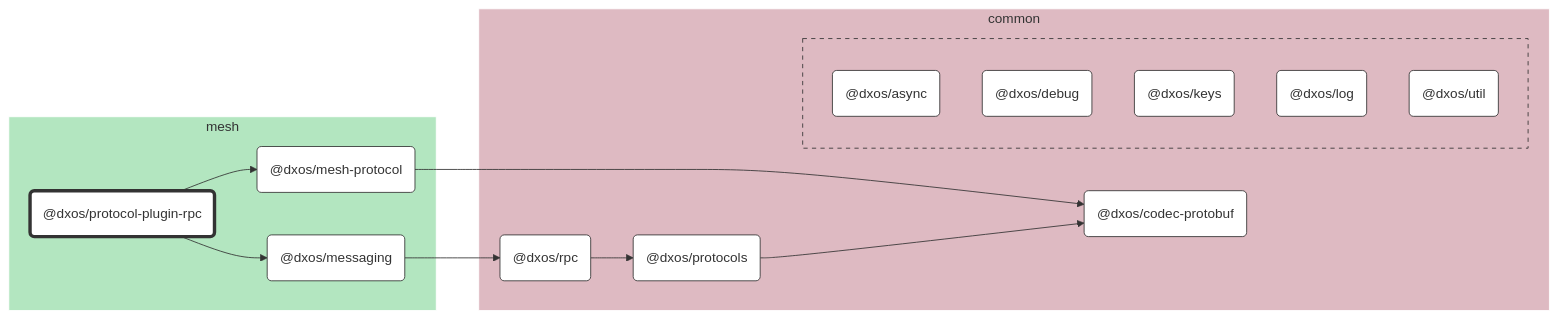
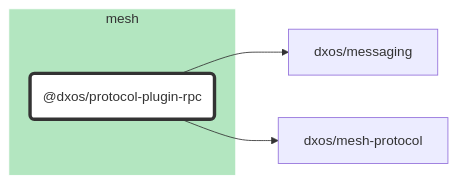
Before and after one commit to dxos/dxos: the diagram in packages/mesh/protocol-plugin-rpc/docs/README.md, drawn with Mermaid. The commit also changed 87 other files, not shown here.

````diff
--- a/packages/mesh/protocol-plugin-rpc/docs/README.md
+++ b/packages/mesh/protocol-plugin-rpc/docs/README.md
@@ -7,71 +7,22 @@
 ```mermaid
 %%{ init: {'flowchart':{'curve':'basis'}} }%%
 
 flowchart LR
 
-%% Links
-dxos/mesh-protocol --> dxos/codec-protobuf;
-dxos/messaging --> dxos/rpc;
-dxos/protocol-plugin-rpc --> dxos/mesh-protocol;
-dxos/protocol-plugin-rpc --> dxos/messaging;
-dxos/protocols --> dxos/codec-protobuf;
-dxos/rpc --> dxos/protocols;
+%% Classes
+classDef def fill:#fff,stroke:#333,stroke-width:1px
+classDef root fill:#fff,stroke:#333,stroke-width:4px
 
-%% Sections
-subgraph mesh
-  style mesh fill:#b3e6c0,stroke:#fff;
+%% Nodes
 
-  dxos/mesh-protocol("@dxos/mesh-protocol")
-  dxos/messaging("@dxos/messaging")
-  dxos/protocol-plugin-rpc("@dxos/protocol-plugin-rpc")
+subgraph mesh [mesh]
+  style mesh fill:#b3e6c0,stroke:#fff
+  dxos/protocol-plugin-rpc("@dxos/protocol-plugin-rpc"):::root
+  click dxos/protocol-plugin-rpc "dxos/dxos/tree/main/packages/mesh/protocol-plugin-rpc/docs"
 end
 
-subgraph common
-  style common fill:#debac2,stroke:#fff;
-
-  dxos/codec-protobuf("@dxos/codec-protobuf")
-  dxos/protocols("@dxos/protocols")
-  dxos/rpc("@dxos/rpc")
-
-  subgraph common-excluded [ ]
-    style common-excluded fill:#debac2,stroke:#333,stroke-dasharray:5 5;
-
-    dxos/async("@dxos/async")
-    dxos/debug("@dxos/debug")
-    dxos/keys("@dxos/keys")
-    dxos/log("@dxos/log")
-    dxos/util("@dxos/util")
-  end
-end
-
-
-%% Hyperlinks
-click dxos/async "dxos/dxos/tree/main/packages/common/async/docs";
-click dxos/codec-protobuf "dxos/dxos/tree/main/packages/common/codec-protobuf/docs";
-click dxos/debug "dxos/dxos/tree/main/packages/common/debug/docs";
-click dxos/keys "dxos/dxos/tree/main/packages/common/keys/docs";
-click dxos/log "dxos/dxos/tree/main/packages/common/log/docs";
-click dxos/mesh-protocol "dxos/dxos/tree/main/packages/mesh/mesh-protocol/docs";
-click dxos/messaging "dxos/dxos/tree/main/packages/mesh/messaging/docs";
-click dxos/protocols "dxos/dxos/tree/main/packages/common/protocols/docs";
-click dxos/rpc "dxos/dxos/tree/main/packages/common/rpc/docs";
-click dxos/util "dxos/dxos/tree/main/packages/common/util/docs";
-
-%% Styles
-classDef rootNode fill:#fff,stroke:#333,stroke-width:4px
-classDef defaultNode fill:#fff,stroke:#333,stroke-width:1px
+%% Links
 linkStyle default stroke:#333,stroke-width:1px
-
-dxos/protocol-plugin-rpc:::rootNode
-
-dxos/async:::defaultNode
-dxos/codec-protobuf:::defaultNode
-dxos/debug:::defaultNode
-dxos/keys:::defaultNode
-dxos/log:::defaultNode
-dxos/mesh-protocol:::defaultNode
-dxos/messaging:::defaultNode
-dxos/protocols:::defaultNode
-dxos/rpc:::defaultNode
-dxos/util:::defaultNode
+dxos/protocol-plugin-rpc --> dxos/messaging
+dxos/protocol-plugin-rpc --> dxos/mesh-protocol
 ```
````
